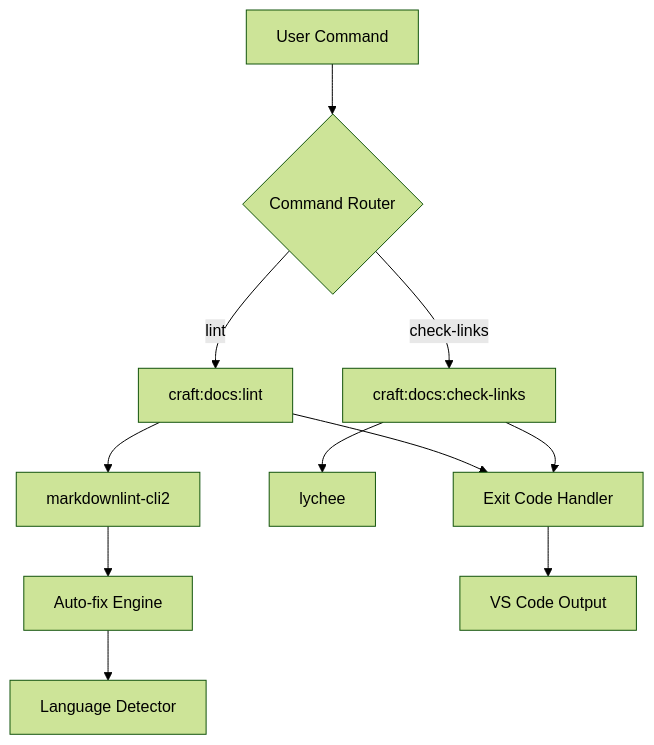
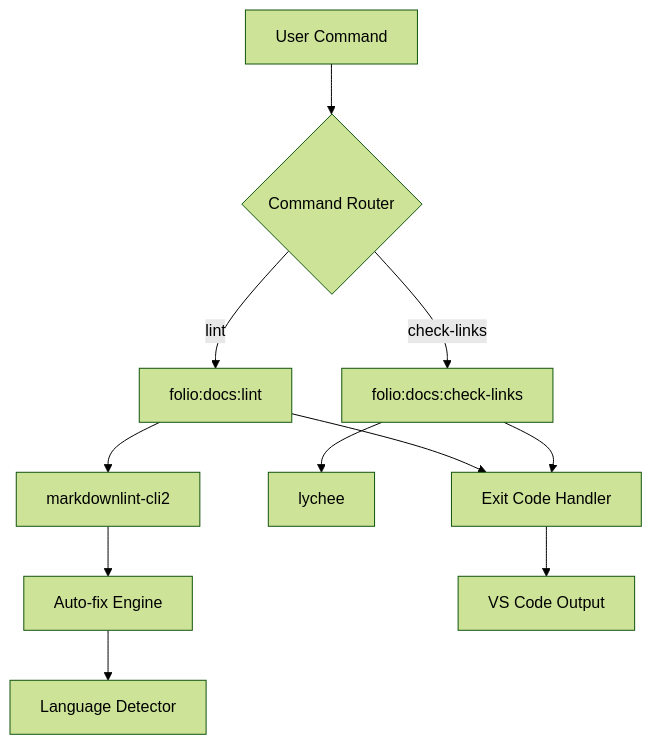
Before and after one commit to Data-Wise/craft: the diagram in docs/guide/documentation-quality-development.md, drawn with Mermaid (forest theme). The commit also changed other lines of this file and 64 other files, not shown here.

````diff
--- a/docs/guide/documentation-quality-development.md
+++ b/docs/guide/documentation-quality-development.md
@@ -35,13 +35,13 @@
 ```mermaid
 graph TB
     A[User Command] --> B{Command Router}
-    B -->|lint| C["craft:docs:lint"]
-    B -->|check-links| D["craft:docs:check-links"]
+    B -->|lint| C["folio:docs:lint"]
+    B -->|check-links| D["folio:docs:check-links"]
     C --> E[markdownlint-cli2]
     D --> F[lychee]
     E --> G[Auto-fix Engine]
     G --> H[Language Detector]
     C --> I[Exit Code Handler]
     D --> I
     I --> J[VS Code Output]
 ```
````
